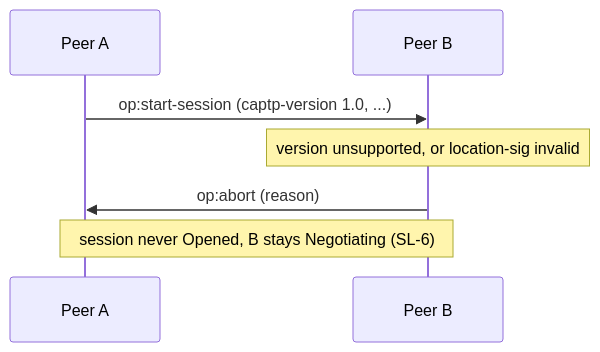
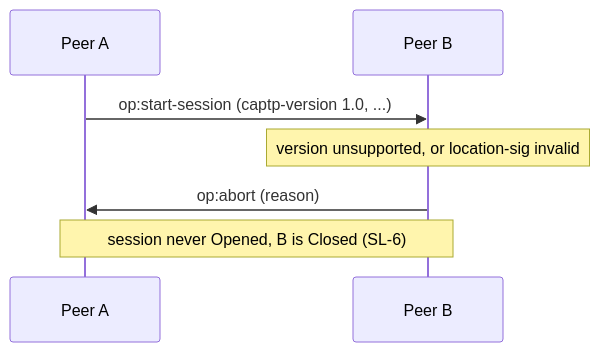
One commit to glowcap-org/glowcap changed the third of 6 diagrams in docs/protocol-diagrams/01-session-lifecycle.md. Above: the diagram before and after it, drawn with Mermaid. The commit also changed other lines of this file and 920 other files, not shown here.

````diff
--- a/docs/protocol-diagrams/01-session-lifecycle.md
+++ b/docs/protocol-diagrams/01-session-lifecycle.md
@@ -50,9 +46,9 @@
 ```mermaid
 sequenceDiagram
     participant A as Peer A
     participant B as Peer B
     A->>B: op:start-session (captp-version 1.0, ...)
     Note over B: version unsupported, or location-sig invalid
     B->>A: op:abort (reason)
-    Note over A,B: session never Opened, B stays Negotiating (SL-6)
+    Note over A,B: session never Opened, B is Closed (SL-6)
 ```
````
